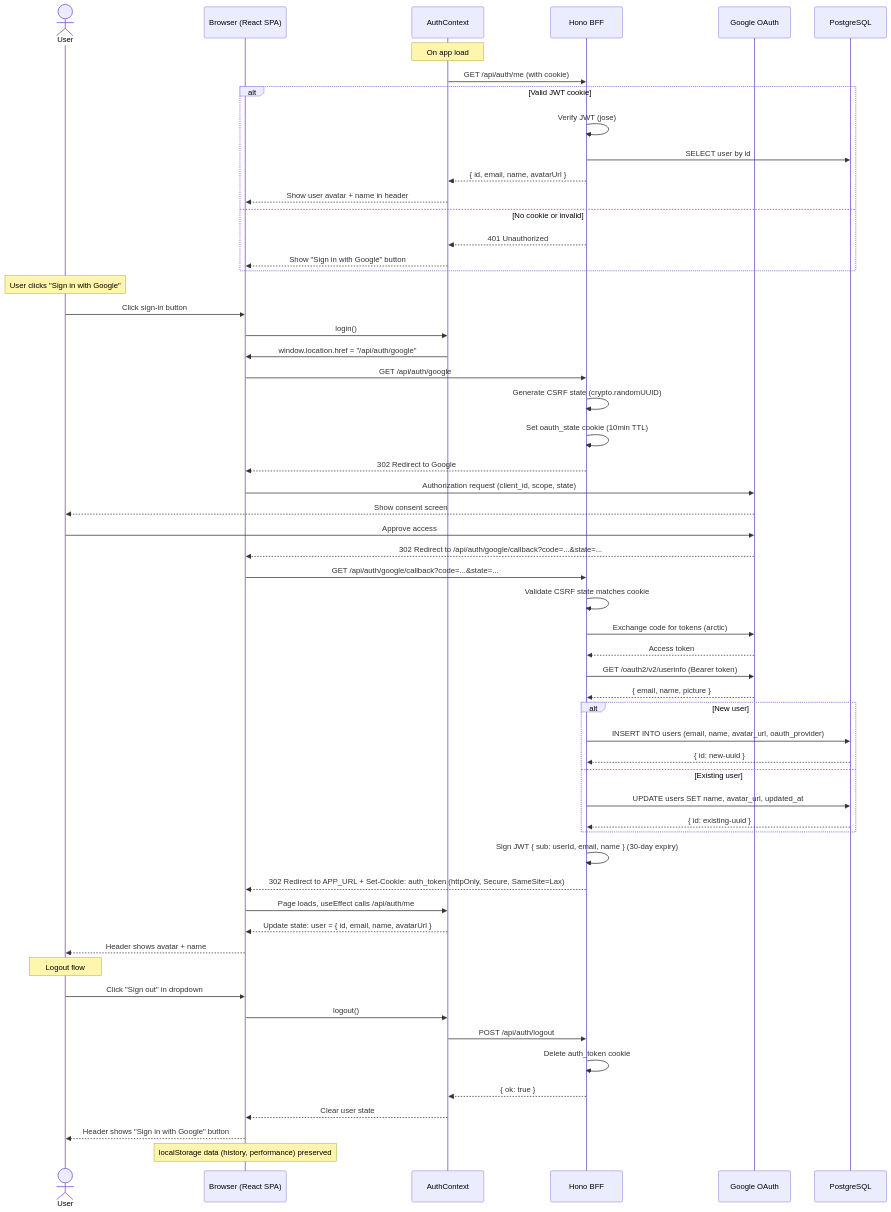
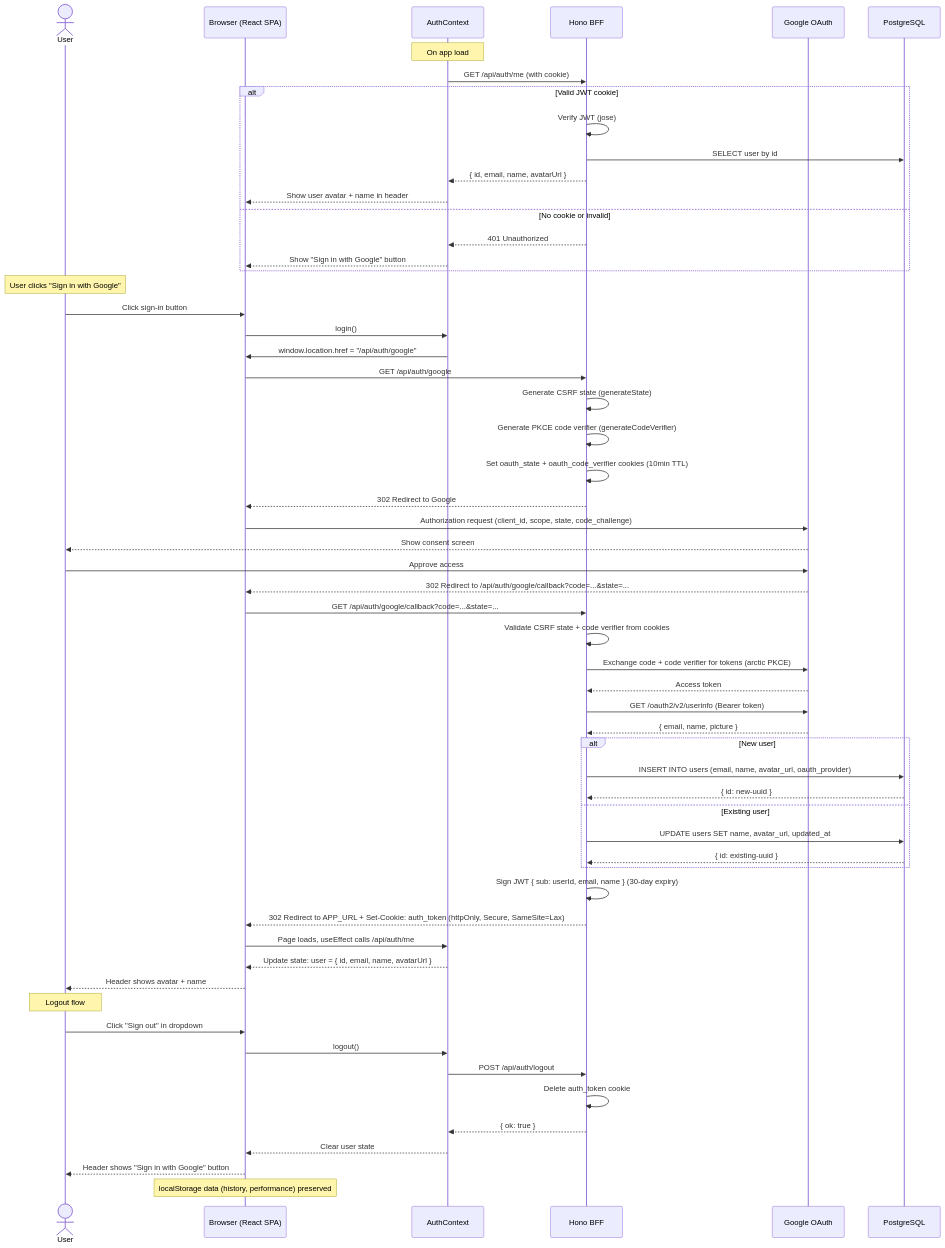
Diagram 13 of 14 in docs/sequence-diagram.md (finish06/drugs-quiz), drawn with Mermaid before and after one commit. The commit also changed 5 other files, not shown here.

First line of the commit message:
fix: add PKCE to Google OAuth and fix BFF Docker migrations

````diff
--- a/docs/sequence-diagram.md
+++ b/docs/sequence-diagram.md
@@ -442,66 +442,67 @@
 ```mermaid
 sequenceDiagram
     actor User
     participant Browser as Browser (React SPA)
     participant Auth as AuthContext
     participant BFF as Hono BFF
     participant Google as Google OAuth
     participant DB as PostgreSQL
 
     Note over Auth: On app load
     Auth->>BFF: GET /api/auth/me (with cookie)
     alt Valid JWT cookie
         BFF->>BFF: Verify JWT (jose)
         BFF->>DB: SELECT user by id
         BFF-->>Auth: { id, email, name, avatarUrl }
         Auth-->>Browser: Show user avatar + name in header
     else No cookie or invalid
         BFF-->>Auth: 401 Unauthorized
         Auth-->>Browser: Show "Sign in with Google" button
     end
 
     Note over User: User clicks "Sign in with Google"
     User->>Browser: Click sign-in button
     Browser->>Auth: login()
     Auth->>Browser: window.location.href = "/api/auth/google"
     Browser->>BFF: GET /api/auth/google
-    BFF->>BFF: Generate CSRF state (crypto.randomUUID)
-    BFF->>BFF: Set oauth_state cookie (10min TTL)
+    BFF->>BFF: Generate CSRF state (generateState)
+    BFF->>BFF: Generate PKCE code verifier (generateCodeVerifier)
+    BFF->>BFF: Set oauth_state + oauth_code_verifier cookies (10min TTL)
     BFF-->>Browser: 302 Redirect to Google
 
-    Browser->>Google: Authorization request (client_id, scope, state)
+    Browser->>Google: Authorization request (client_id, scope, state, code_challenge)
     Google-->>User: Show consent screen
     User->>Google: Approve access
     Google-->>Browser: 302 Redirect to /api/auth/google/callback?code=...&state=...
 
     Browser->>BFF: GET /api/auth/google/callback?code=...&state=...
-    BFF->>BFF: Validate CSRF state matches cookie
-    BFF->>Google: Exchange code for tokens (arctic)
+    BFF->>BFF: Validate CSRF state + code verifier from cookies
+    BFF->>Google: Exchange code + code verifier for tokens (arctic PKCE)
     Google-->>BFF: Access token
     BFF->>Google: GET /oauth2/v2/userinfo (Bearer token)
     Google-->>BFF: { email, name, picture }
 
     alt New user
         BFF->>DB: INSERT INTO users (email, name, avatar_url, oauth_provider)
         DB-->>BFF: { id: new-uuid }
     else Existing user
         BFF->>DB: UPDATE users SET name, avatar_url, updated_at
         DB-->>BFF: { id: existing-uuid }
     end
 
     BFF->>BFF: Sign JWT { sub: userId, email, name } (30-day expiry)
     BFF-->>Browser: 302 Redirect to APP_URL + Set-Cookie: auth_token (httpOnly, Secure, SameSite=Lax)
     Browser->>Auth: Page loads, useEffect calls /api/auth/me
     Auth-->>Browser: Update state: user = { id, email, name, avatarUrl }
     Browser-->>User: Header shows avatar + name
 
     Note over User: Logout flow
     User->>Browser: Click "Sign out" in dropdown
     Browser->>Auth: logout()
     Auth->>BFF: POST /api/auth/logout
     BFF->>BFF: Delete auth_token cookie
     BFF-->>Auth: { ok: true }
     Auth-->>Browser: Clear user state
     Browser-->>User: Header shows "Sign in with Google" button
     Note over Browser: localStorage data (history, performance) preserved
 ```
````
